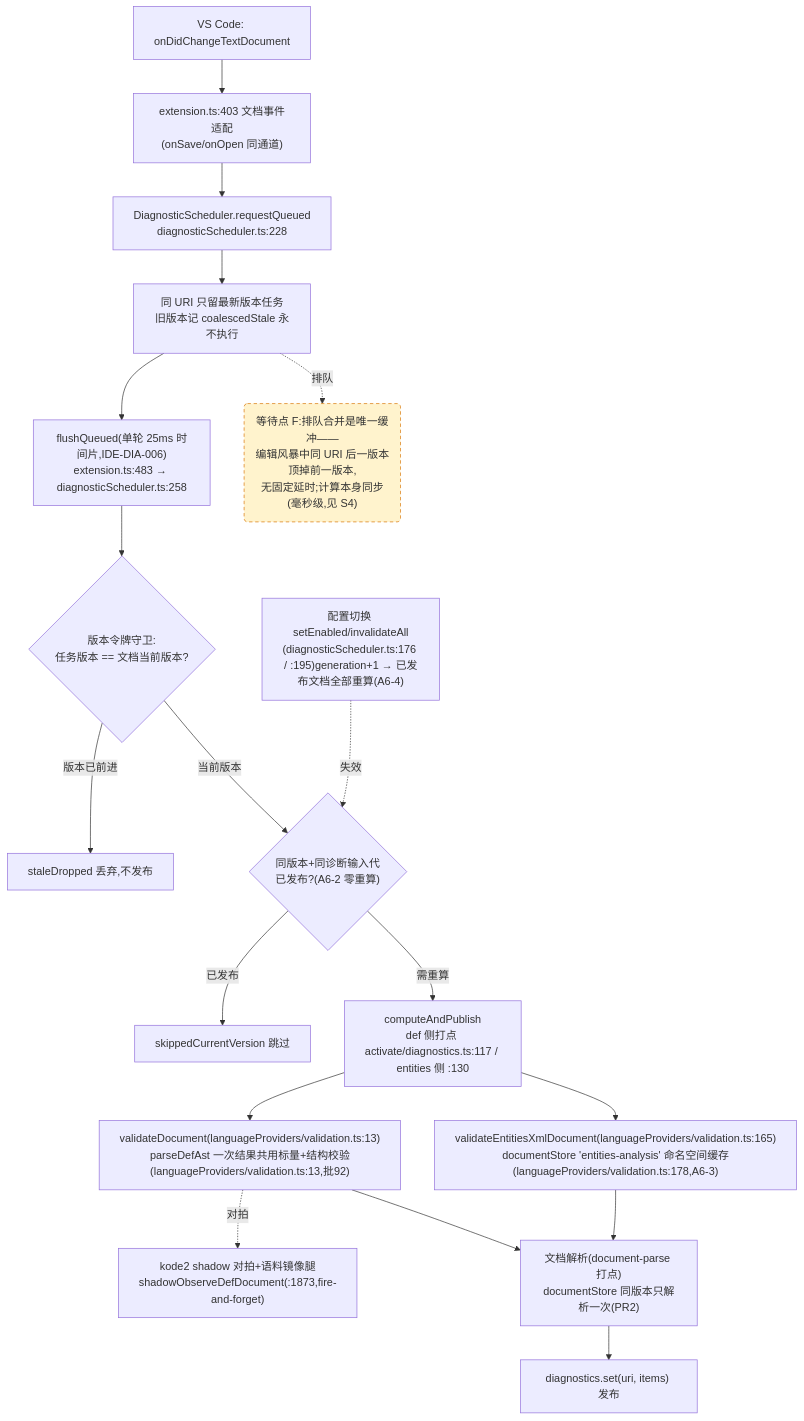
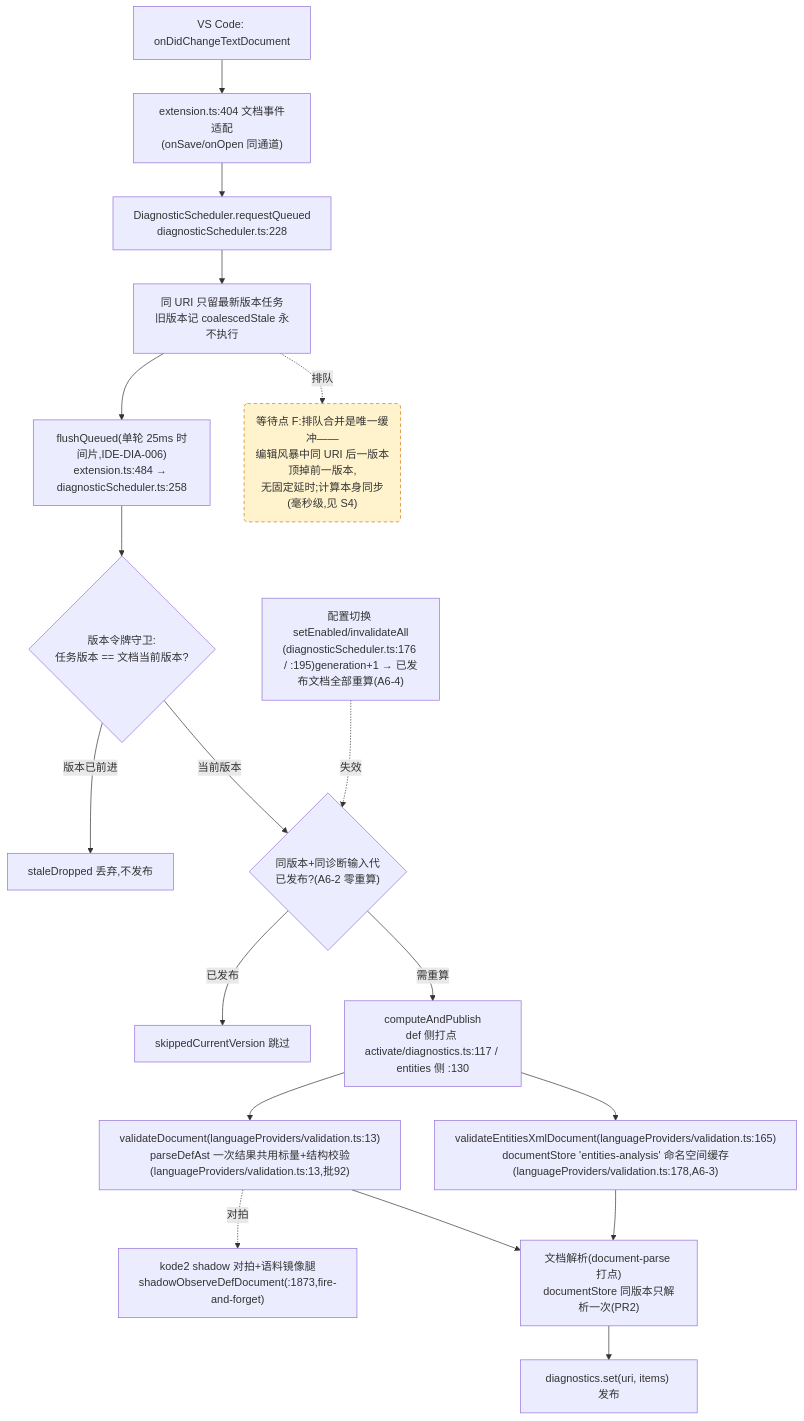
The fourth of 4 diagrams in docs/perf/2026-baseline.md (cuihairu/kode), drawn with Mermaid before and after one commit. The commit also changed 3 other files, not shown here.

````diff
--- a/docs/perf/2026-baseline.md
+++ b/docs/perf/2026-baseline.md
@@ -214,38 +214,38 @@
 ```mermaid
 flowchart TD
   CHG["VS Code: onDidChangeTextDocument"]
-  WATCH["extension.ts:403 文档事件适配<br/>(onSave/onOpen 同通道)"]
+  WATCH["extension.ts:404 文档事件适配<br/>(onSave/onOpen 同通道)"]
   RQ["DiagnosticScheduler.requestQueued<br/>diagnosticScheduler.ts:228"]
   CO["同 URI 只留最新版本任务<br/>旧版本记 coalescedStale 永不执行"]
-  FL["flushQueued(单轮 25ms 时间片,IDE-DIA-006)<br/>extension.ts:483 → diagnosticScheduler.ts:258"]
+  FL["flushQueued(单轮 25ms 时间片,IDE-DIA-006)<br/>extension.ts:484 → diagnosticScheduler.ts:258"]
   VG{"版本令牌守卫:<br/>任务版本 == 文档当前版本?"}
   DROP["staleDropped 丢弃,不发布"]
   GEN{"同版本+同诊断输入代<br/>已发布?(A6-2 零重算)"}
   SKIP["skippedCurrentVersion 跳过"]
   CALC["computeAndPublish<br/>def 侧打点 activate/diagnostics.ts:117 / entities 侧 :130"]
   VD["validateDocument(languageProviders/validation.ts:13)<br/>parseDefAst 一次结果共用标量+结构校验(languageProviders/validation.ts:13,批92)"]
   VEX["validateEntitiesXmlDocument(languageProviders/validation.ts:165)<br/>documentStore 'entities-analysis' 命名空间缓存(languageProviders/validation.ts:178,A6-3)"]
   SHDD["kode2 shadow 对拍+语料镜像腿<br/>shadowObserveDefDocument(:1873,fire-and-forget)"]
   DS["文档解析(document-parse 打点)<br/>documentStore 同版本只解析一次(PR2)"]
   PUB["diagnostics.set(uri, items) 发布"]
   CFG2["配置切换 setEnabled/invalidateAll<br/>(diagnosticScheduler.ts:176 / :195)generation+1 → 已发布文档全部重算(A6-4)"]
 
   CHG --> WATCH --> RQ --> CO --> FL --> VG
   VG -- "版本已前进" --> DROP
   VG -- "当前版本" --> GEN
   GEN -- "已发布" --> SKIP
   GEN -- "需重算" --> CALC
   CALC --> VD
   CALC --> VEX
   VD --> DS
   VEX --> DS
   DS --> PUB
   VD -.->|对拍| SHDD
   CFG2 -.->|失效| GEN
 
   WAITF("等待点 F:排队合并是唯一缓冲——<br/>编辑风暴中同 URI 后一版本顶掉前一版本,<br/>无固定延时;计算本身同步(毫秒级,见 S4)")
   CO -.->|排队| WAITF
 
   classDef waitPoint fill:#fff3cd,stroke:#d97706,stroke-dasharray:5 4;
   class WAITF waitPoint;
 ```
````
